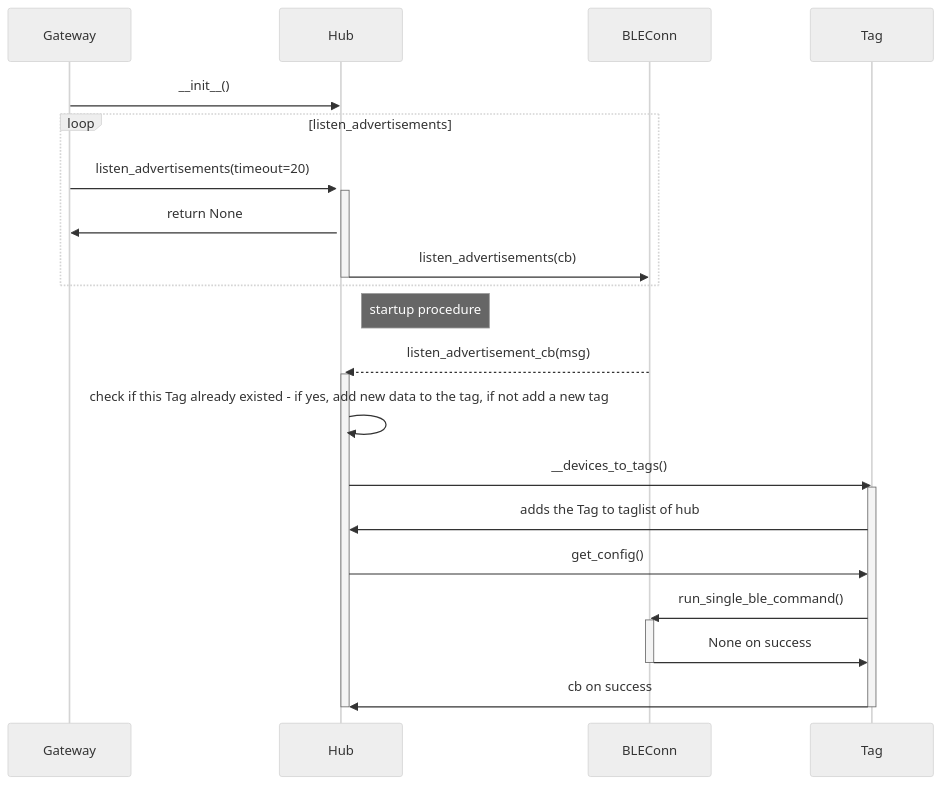
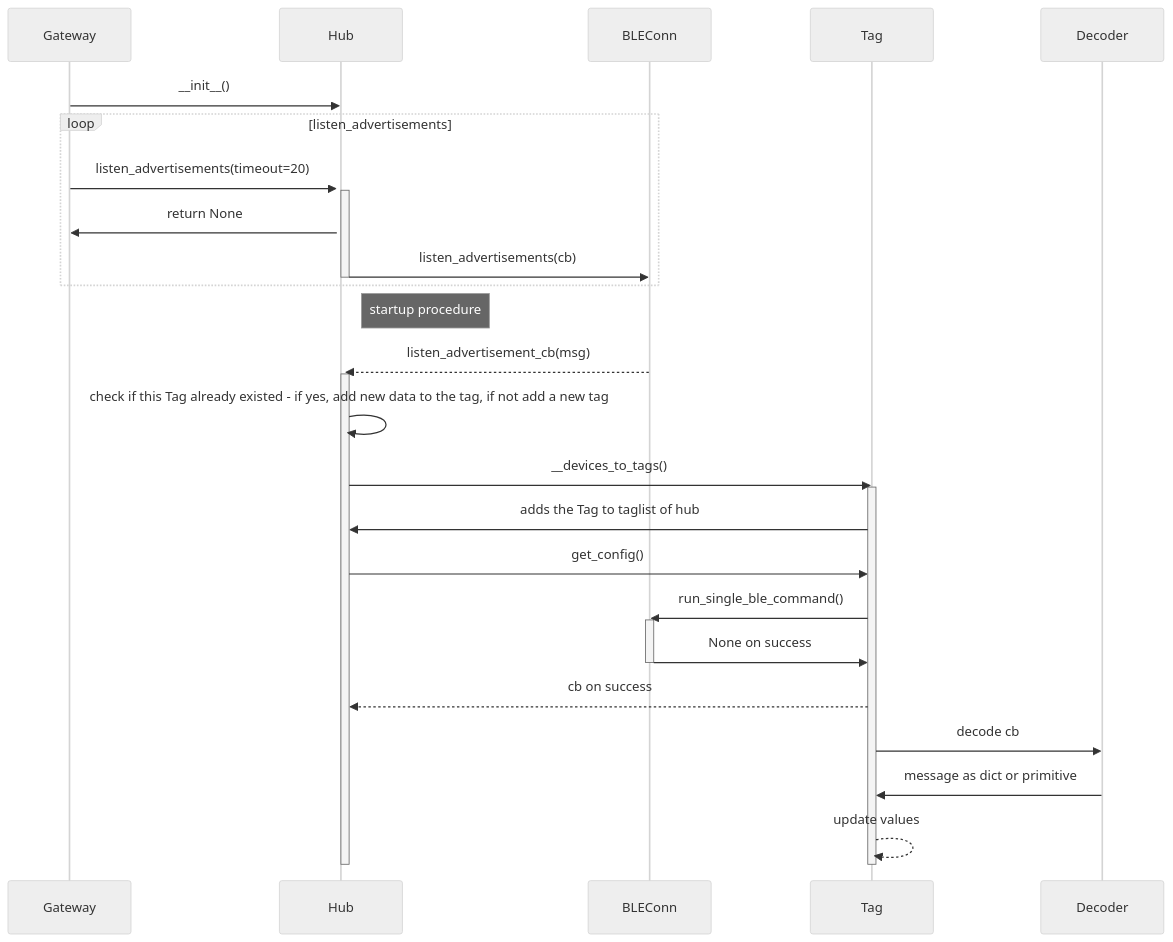
One commit to bchwtz/bchwtz-gateway changed the second of 2 diagrams in docs/index.md. Above: the diagram before and after it, drawn with Mermaid (neutral theme).

Commit message:
updated sequence diag

````diff
--- a/docs/index.md
+++ b/docs/index.md
@@ -70,28 +70,31 @@
 ``` mermaid
 sequenceDiagram
   Gateway->>Hub: __init__()
   activate Hub
 
   loop listen_advertisements
     Gateway->>Hub: listen_advertisements(timeout=20)
     activate Hub
     Hub->>Gateway: return None
     Hub->>BLEConn: listen_advertisements(cb)
     deactivate Hub
   end
   Note right of Hub: startup procedure
   BLEConn-->>Hub: listen_advertisement_cb(msg)
   activate Hub
   Hub->>Hub: check if this Tag already existed - if yes, add new data to the tag, if not add a new tag
   Hub->>Tag: __devices_to_tags()
   activate Tag
   Tag->>Hub: adds the Tag to taglist of hub
   Hub->>Tag: get_config()
   Tag->>BLEConn: run_single_ble_command()
   activate BLEConn
   BLEConn->>Tag: None on success
   deactivate BLEConn
-  Tag->>Hub: cb on success
+  Tag-->>Hub: cb on success
+  Tag->>Decoder: decode cb
+  Decoder->>Tag: message as dict or primitive
+  Tag-->>Tag: update values
   deactivate Tag
   deactivate Hub
 ```
````
